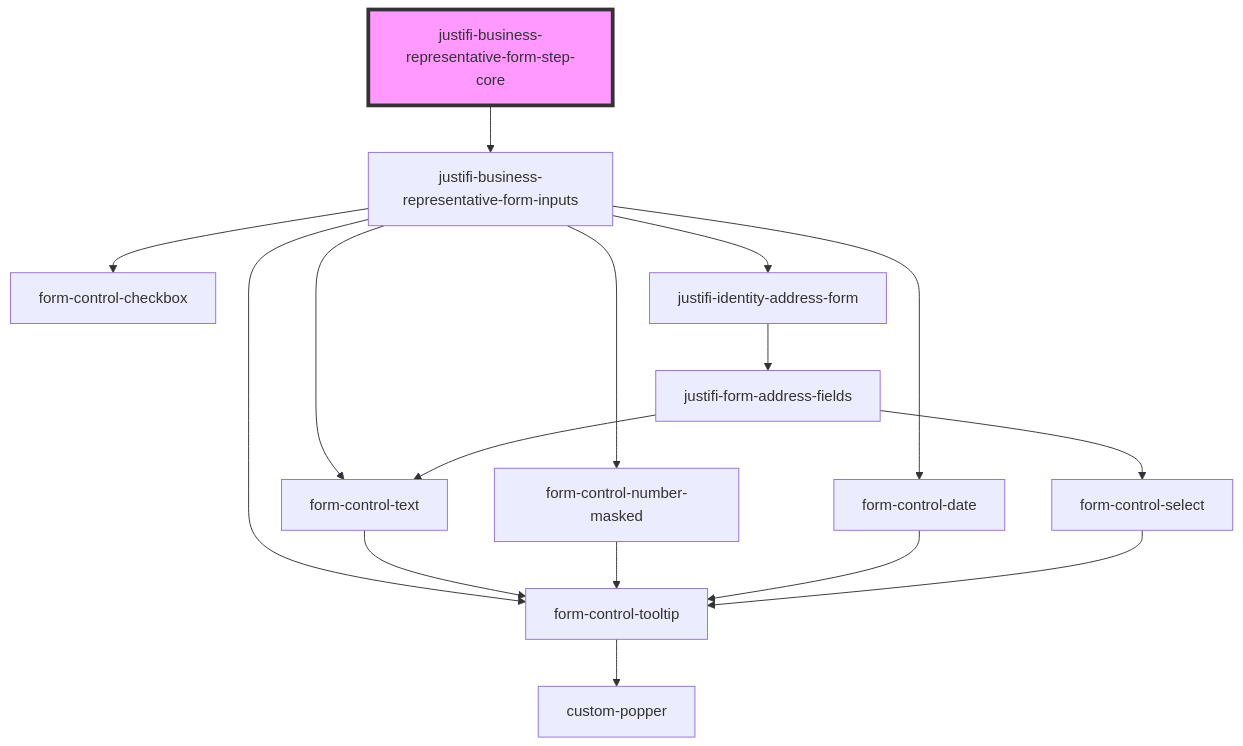
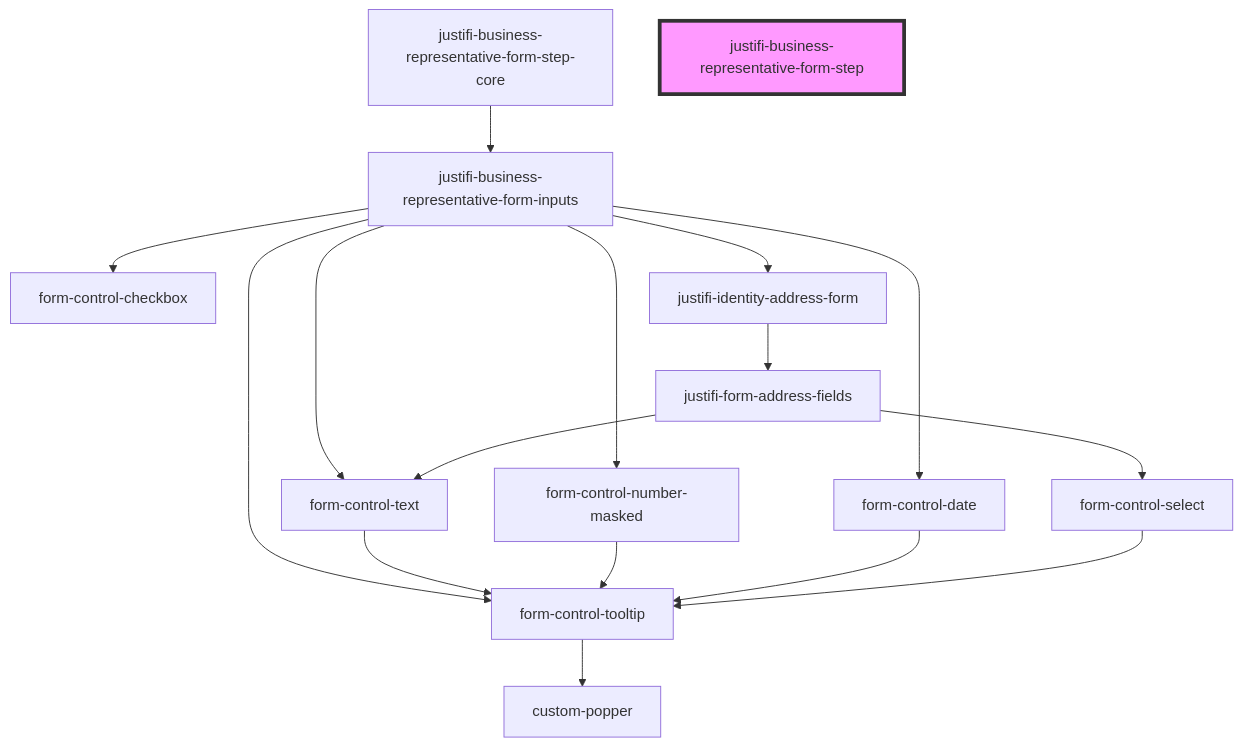
One commit to justifi-tech/web-component-library changed the diagram in packages/webcomponents/src/components/business-forms/payment-provisioning/business-representative/README.md. Above: the diagram before and after it, drawn with Mermaid. The commit also changed 4 other files, not shown here.

Commit message:
Remove representative form step component

````diff
--- a/packages/webcomponents/src/components/business-forms/payment-provisioning/business-representative/README.md
+++ b/packages/webcomponents/src/components/business-forms/payment-provisioning/business-representative/README.md
@@ -53,19 +53,19 @@
 ```mermaid
 graph TD;
   justifi-business-representative-form-step-core --> justifi-business-representative-form-inputs
   justifi-business-representative-form-inputs --> form-control-tooltip
   justifi-business-representative-form-inputs --> form-control-text
   justifi-business-representative-form-inputs --> form-control-checkbox
   justifi-business-representative-form-inputs --> form-control-number-masked
   justifi-business-representative-form-inputs --> form-control-date
   justifi-business-representative-form-inputs --> justifi-identity-address-form
   form-control-tooltip --> custom-popper
   form-control-text --> form-control-tooltip
   form-control-number-masked --> form-control-tooltip
   form-control-date --> form-control-tooltip
   justifi-identity-address-form --> justifi-form-address-fields
   justifi-form-address-fields --> form-control-text
   justifi-form-address-fields --> form-control-select
   form-control-select --> form-control-tooltip
-  style justifi-business-representative-form-step-core fill:#f9f,stroke:#333,stroke-width:4px
+  style justifi-business-representative-form-step fill:#f9f,stroke:#333,stroke-width:4px
 ```
````
